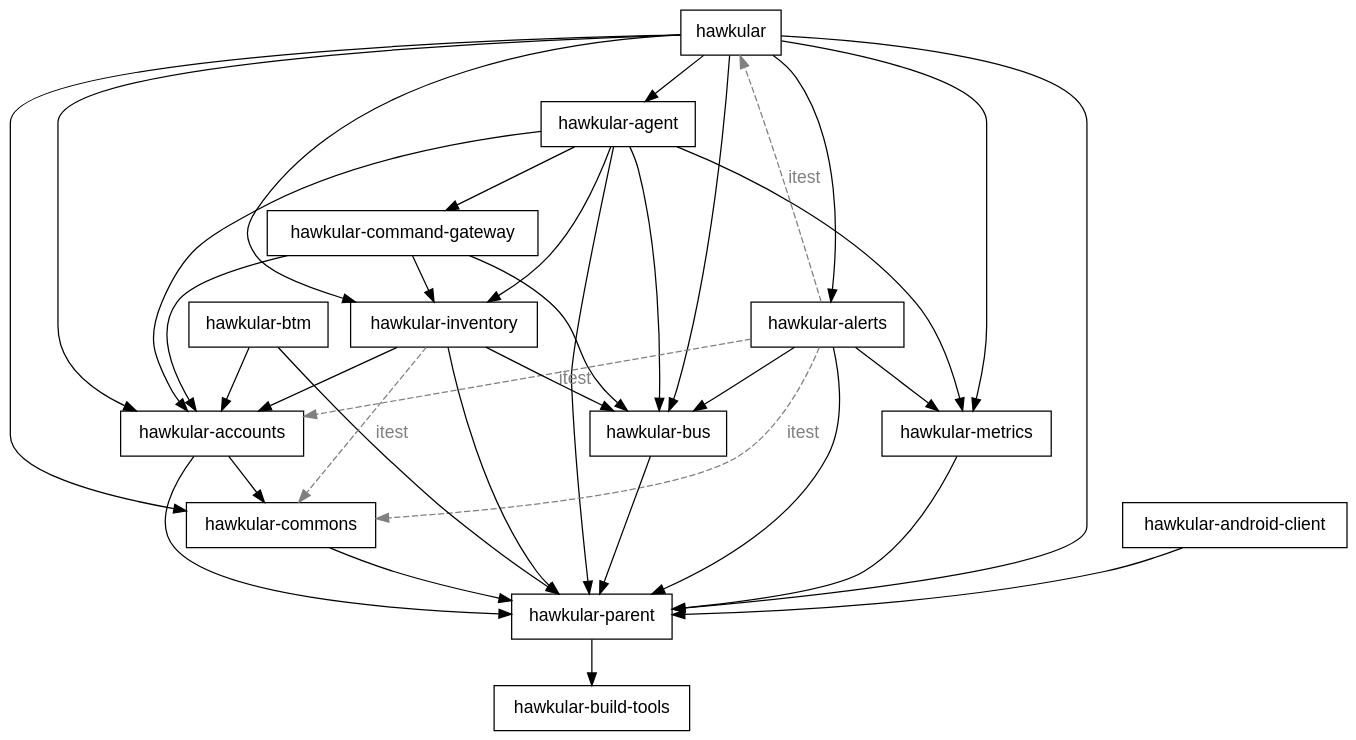
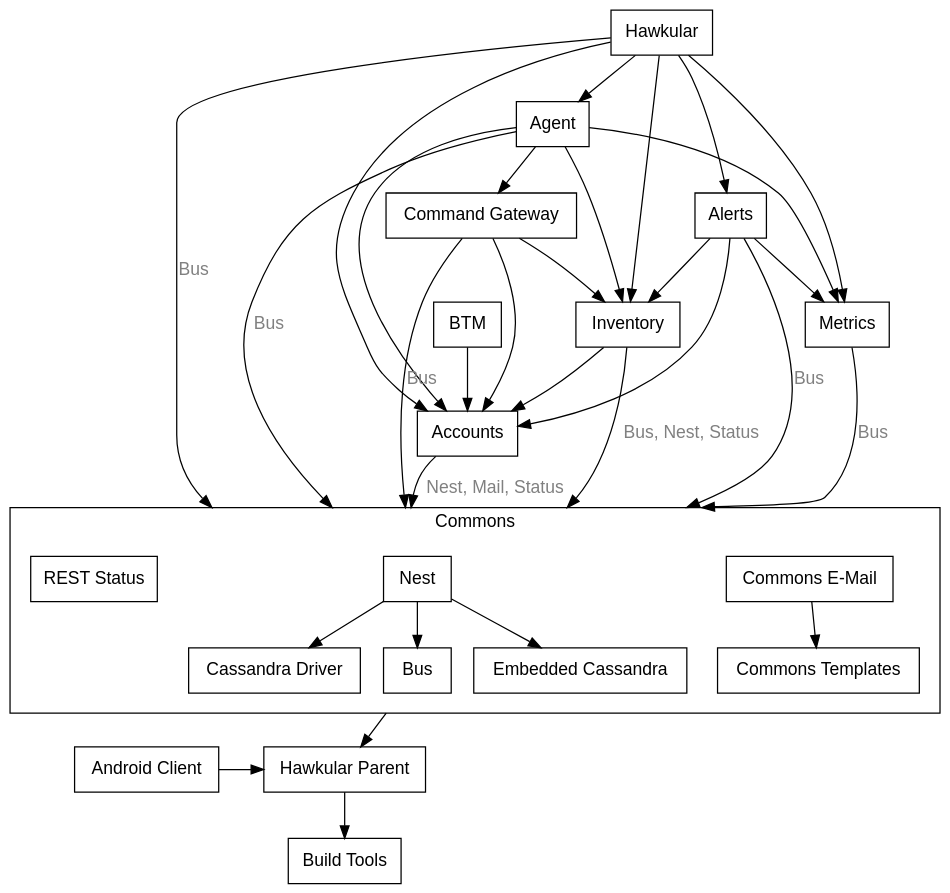
One commit to hawkular/hawkular.github.io changed the diagram in src/main/manually-generated/assets/img/docs/dev/components-dependencies.dot. Above: the diagram before and after it, drawn with Graphviz. The commit also changed 1 other file, not shown here.

Commit message:
Update the dependency graph after Bus and Nest were moved to commons

```diff
--- a/src/main/manually-generated/assets/img/docs/dev/components-dependencies.dot
+++ b/src/main/manually-generated/assets/img/docs/dev/components-dependencies.dot
@@ -1,76 +1,107 @@
 // Hawkular Component Dependencies
 // build with
 // cd src/main
 // dot -Tsvg manually-generated/assets/img/docs/dev/components-dependencies.dot -o jbake/assets/img/docs/dev/components-dependencies.svg
 
 digraph {
+    compound=true
+    newrank=true
     graph [bgcolor="transparent" fontname="helvetica"]
     node [fontname = "helvetica" shape=box]
     edge [fontname = "helvetica"]
 
-    "hawkular"
-    "hawkular-accounts"
-    "hawkular-agent"
-    "hawkular-alerts"
-    "hawkular-btm"
-    "hawkular-build-tools"
-    "hawkular-bus"
-    "hawkular-commons"
-    "hawkular-command-gateway"
-    "hawkular-inventory"
-    "hawkular-metrics"
-    "hawkular-parent"
+    "Hawkular"
+    "Accounts"
+    "Agent"
+    "Alerts"
+    "BTM"
+    "Build Tools"
+    "Command Gateway"
 
-    "hawkular-parent" -> "hawkular-build-tools"
+    // commons
+
+    "Inventory"
+    "Metrics"
+    "Hawkular Parent"
+    "Android Client"
+
+    // parent
+    "Hawkular Parent" -> "Build Tools"
+
+    subgraph cluster_commons {
+        label="Commons"
+
+        subgraph cluster_status {
+            label=""
+            style="invis"
+            "REST Status"
+        }
+
+        subgraph cluster_nest {
+            label=""
+            style="invis"
+            "Nest" -> { "Bus" "Embedded Cassandra" "Cassandra Driver" }
+        }
+
+        subgraph cluster_email {
+            label=""
+            style="invis"
+            "Commons E-Mail" -> "Commons Templates"
+        }
+    }
+    "Bus" -> "Hawkular Parent" [ltail=cluster_commons]
+    { "Cassandra Driver" "Embedded Cassandra" "REST Status" } -> "Hawkular Parent" [style="invis"] // invisible edges for better layout
 
     // all components depend on parent
-    "hawkular" -> "hawkular-parent"
-    "hawkular-accounts" -> "hawkular-parent"
-    "hawkular-android-client" -> "hawkular-parent"
-    "hawkular-agent" -> "hawkular-parent"
-    "hawkular-alerts" -> "hawkular-parent"
-    "hawkular-btm" -> "hawkular-parent"
-    "hawkular-bus" -> "hawkular-parent"
-    "hawkular-commons" -> "hawkular-parent"
-    "hawkular-inventory" -> "hawkular-parent"
-    "hawkular-metrics" -> "hawkular-parent"
+    "Android Client" -> "Hawkular Parent"
 
-    // hawkular direct deps
-    "hawkular" -> "hawkular-accounts"
-    "hawkular" -> "hawkular-agent"
-    "hawkular" -> "hawkular-alerts"
-    "hawkular" -> "hawkular-bus"
-    "hawkular" -> "hawkular-commons"
-    "hawkular" -> "hawkular-inventory"
-    "hawkular" -> "hawkular-metrics"
+    // Hawkular direct deps
+    "Hawkular" -> "Accounts"
+    "Hawkular" -> "Agent"
+    "Hawkular" -> "Alerts"
+    "Hawkular" -> "Nest" [lhead=cluster_commons label="Bus" fontcolor="grey"]
+    "Hawkular" -> "Inventory"
+    "Hawkular" -> "Metrics"
+
+    // Accounts direct deps
+    "Accounts" -> "Nest" [lhead=cluster_commons label="Nest, Mail, Status" fontcolor="grey"]
+    "Accounts" -> { "Commons E-Mail" "REST Status" } [style="invis"] // invisible edges for better layout
+
+    // agent direct deps
+    "Agent" -> "Command Gateway"
+    "Agent" -> "Nest" [lhead=cluster_commons label="Bus" fontcolor="grey"]
+    "Agent" -> "Inventory"
+    "Agent" -> "Metrics"
+    "Agent" -> "Accounts"
+
+    // alerts direct deps
+    "Alerts" -> "Accounts"
+    "Alerts" -> "Metrics"
+    "Alerts" -> "Inventory"
+    "Alerts" -> "Nest" [lhead=cluster_commons label="Bus" fontcolor="grey"]
+
+    // btm direct deps
+    "BTM" -> "Accounts"
 
     // command-gateway direct deps
-    "hawkular-command-gateway" -> "hawkular-accounts"
-    "hawkular-command-gateway" -> "hawkular-bus"
-    "hawkular-command-gateway" -> "hawkular-inventory"
+    "Command Gateway" -> "Accounts"
+    "Command Gateway" -> "Nest" [lhead=cluster_commons label="Bus" fontcolor="grey"]
+    "Command Gateway" -> "Inventory"
 
-    // agent direct deps
-    "hawkular-agent" -> "hawkular-command-gateway"
-    "hawkular-agent" -> "hawkular-bus"
-    "hawkular-agent" -> "hawkular-inventory"
-    "hawkular-agent" -> "hawkular-metrics"
-    "hawkular-agent" -> "hawkular-accounts"
-
-    // alerts direct deps
-    "hawkular-alerts" -> "hawkular" [style=dashed, color=gray, label="itest" fontcolor="grey"]
-    "hawkular-alerts" -> "hawkular-accounts" [style=dashed, color=gray, label="itest" fontcolor="grey"]
-    "hawkular-alerts" -> "hawkular-commons" [style=dashed, color=gray, label="itest" fontcolor="grey"]
-    "hawkular-alerts" -> "hawkular-bus"
-    "hawkular-alerts" -> "hawkular-metrics"
-
-    // btm direct deps
-    "hawkular-btm" -> "hawkular-accounts"
 
     // inventory direct deps
-    "hawkular-inventory" -> "hawkular-accounts"
-    "hawkular-inventory" -> "hawkular-bus"
-    "hawkular-inventory" -> "hawkular-commons" [style=dashed, color=gray, label="itest" fontcolor="grey"]
+    "Inventory" -> "Accounts"
+    "Inventory" -> "Nest" [lhead=cluster_commons label="Bus, Nest, Status" fontcolor="grey"]
 
-    // accounts direct deps
-    "hawkular-accounts" -> "hawkular-commons"
+    // metrics
+    "Metrics" -> "Nest" [lhead=cluster_commons label="Bus" fontcolor="grey"]
+
+    // layout
+    { rank=same "Build Tools" }
+    { rank=same "Hawkular Parent" "Android Client" }
+    { rank=same "Bus" "Embedded Cassandra" "Cassandra Driver" "Commons Templates" }
+    { rank=same "Nest" "REST Status" "Commons E-Mail" }
+    { rank=same "Accounts" }
+
+
 }
```
